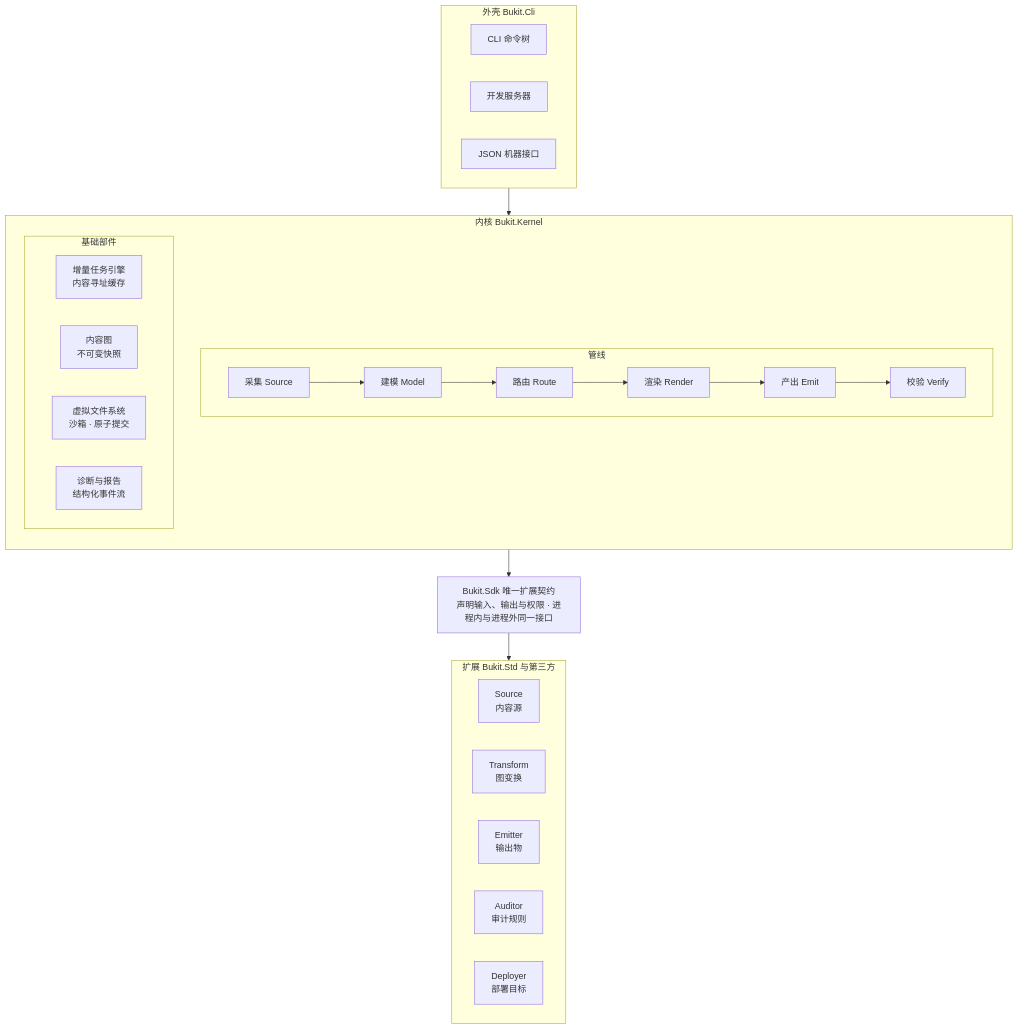
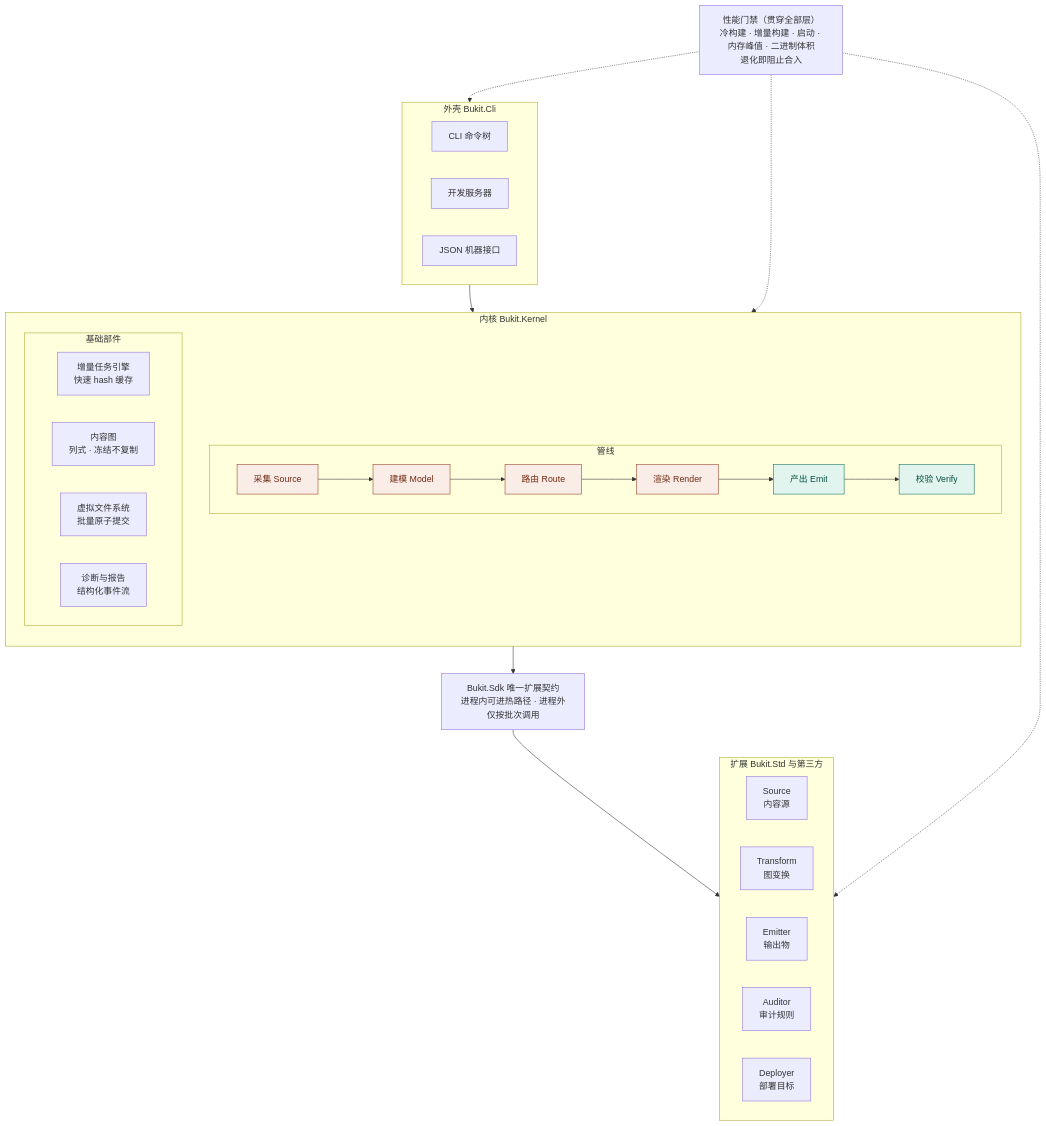
One commit to ALi365-SDN-BHD/Bukit changed the first of 2 diagrams in docs/plans/2026-11-24-bukit-3.0-architecture-design.zh-CN.md. Above: the diagram before and after it, drawn with Mermaid. The commit also changed other lines of this file, not shown here.

First line of the commit message:
docs(plans): sync the 3.0 diagrams with the performance-first guideline

````diff
--- a/docs/plans/2026-11-24-bukit-3.0-architecture-design.zh-CN.md
+++ b/docs/plans/2026-11-24-bukit-3.0-architecture-design.zh-CN.md
@@ -63,36 +63,46 @@
 ```mermaid
 flowchart TB
   subgraph Shell["外壳 Bukit.Cli"]
     CLI["CLI 命令树"]
     DEV["开发服务器"]
     API["JSON 机器接口"]
   end
 
   subgraph Kernel["内核 Bukit.Kernel"]
     direction TB
     subgraph Pipeline["管线"]
       direction LR
       S["采集 Source"] --> M["建模 Model"] --> R["路由 Route"] --> RD["渲染 Render"] --> E["产出 Emit"] --> V["校验 Verify"]
     end
     subgraph Base["基础部件"]
       direction LR
-      ENG["增量任务引擎<br/>内容寻址缓存"]
-      GRAPH["内容图<br/>不可变快照"]
-      VFS["虚拟文件系统<br/>沙箱 · 原子提交"]
+      ENG["增量任务引擎<br/>快速 hash 缓存"]
+      GRAPH["内容图<br/>列式 · 冻结不复制"]
+      VFS["虚拟文件系统<br/>批量原子提交"]
       DIAG["诊断与报告<br/>结构化事件流"]
     end
   end
 
-  SDK["Bukit.Sdk 唯一扩展契约<br/>声明输入、输出与权限 · 进程内与进程外同一接口"]
+  SDK["Bukit.Sdk 唯一扩展契约<br/>进程内可进热路径 · 进程外仅按批次调用"]
 
   subgraph Ext["扩展 Bukit.Std 与第三方"]
     direction LR
     X1["Source<br/>内容源"]
     X2["Transform<br/>图变换"]
     X3["Emitter<br/>输出物"]
     X4["Auditor<br/>审计规则"]
     X5["Deployer<br/>部署目标"]
   end
 
+  GATE["性能门禁（贯穿全部层）<br/>冷构建 · 增量构建 · 启动 · 内存峰值 · 二进制体积<br/>退化即阻止合入"]
+
   Shell --> Kernel --> SDK --> Ext
+  GATE -.-> Shell
+  GATE -.-> Kernel
+  GATE -.-> Ext
+
+  classDef hot fill:#FAECE7,stroke:#993C1D,color:#712B13
+  classDef batch fill:#E1F5EE,stroke:#0F6E56,color:#085041
+  class S,M,R,RD hot
+  class E,V batch
 ```
````
